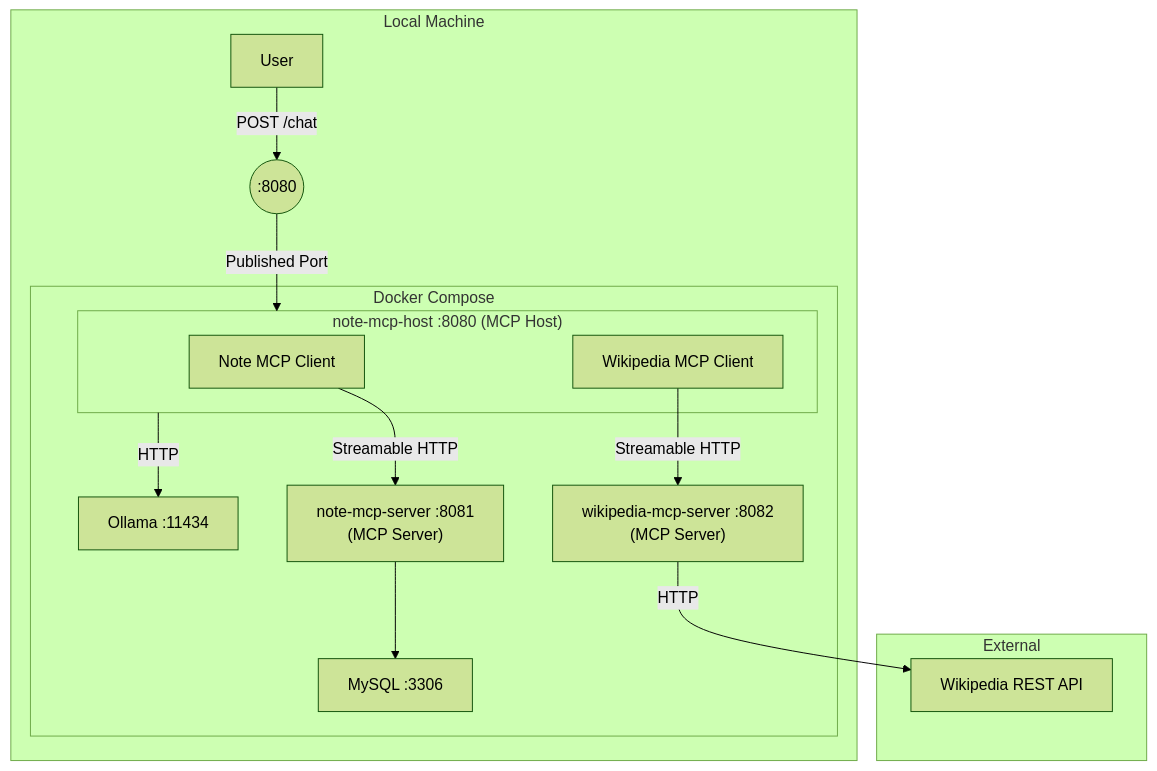
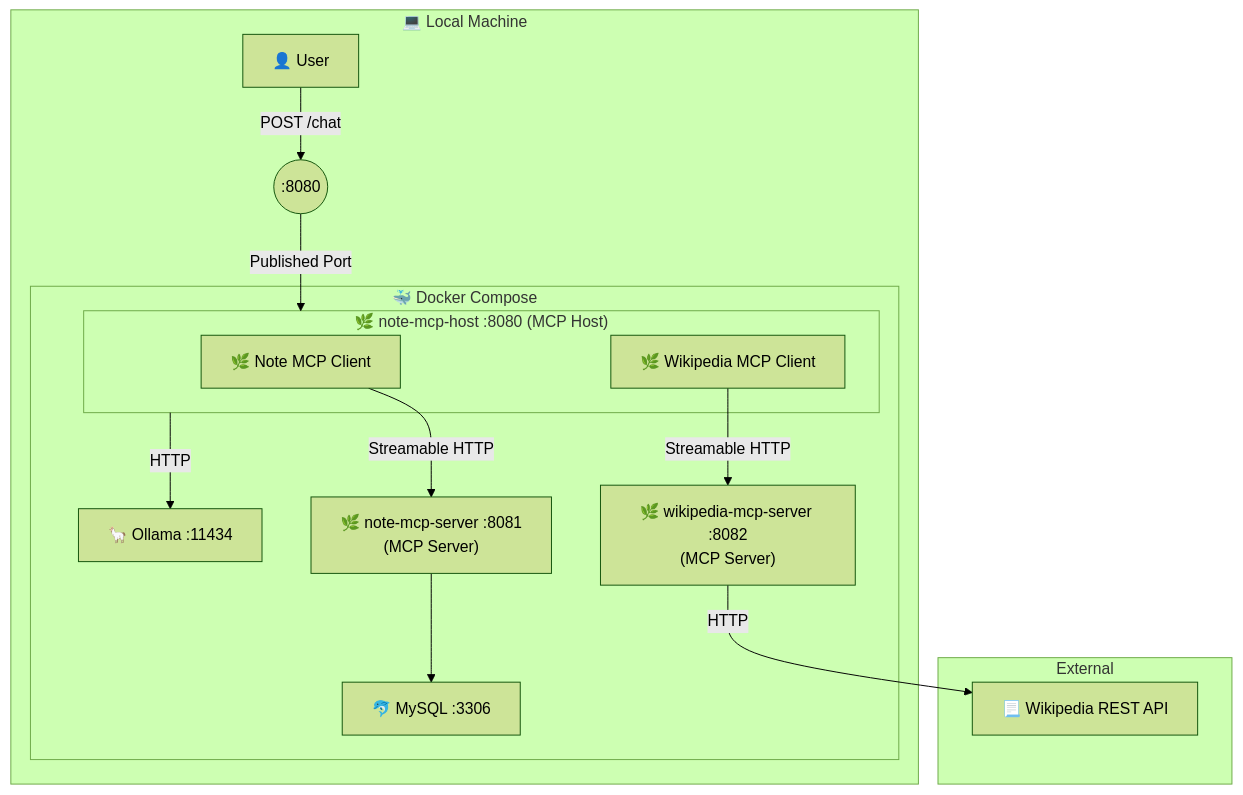
Before and after one commit to hainet50b/spring-ai-mcp-example: the diagram in README.md, drawn with Mermaid (forest theme).

Commit message:
Add emoji icons to Mermaid architecture diagram

````diff
--- a/README.md
+++ b/README.md
@@ -7,32 +7,32 @@
 ```mermaid
 graph TB
-    subgraph Local Machine
-        User
+    subgraph "💻️ Local Machine"
+        User["👤 User"]
         Port((":8080"))
 
-        subgraph Docker Compose
-            subgraph NoteMcpHost["note-mcp-host :8080 (MCP Host)"]
-                NoteMcpClient["Note MCP Client"]
-                WikipediaMcpClient["Wikipedia MCP Client"]
+        subgraph "🐳 Docker Compose"
+            subgraph NoteMcpHost["🌿 note-mcp-host :8080 (MCP Host)"]
+                NoteMcpClient["🌿 Note MCP Client"]
+                WikipediaMcpClient["🌿 Wikipedia MCP Client"]
             end
-            Ollama["Ollama :11434"]
-            NoteMcpServer["note-mcp-server :8081<br>(MCP Server)"]
-            MySQL["MySQL :3306"]
-            WikipediaMcpServer["wikipedia-mcp-server :8082<br>(MCP Server)"]
+            Ollama["🦙 Ollama :11434"]
+            NoteMcpServer["🌿 note-mcp-server :8081<br>(MCP Server)"]
+            MySQL["🐬 MySQL :3306"]
+            WikipediaMcpServer["🌿 wikipedia-mcp-server :8082<br>(MCP Server)"]
         end
     end
 
     subgraph External
-        WikipediaRESTAPI["Wikipedia REST API"]
+        WikipediaRESTAPI["📃 Wikipedia REST API"]
     end
 
     User -->|POST /chat| Port
     Port -->|Published Port| NoteMcpHost
 
     NoteMcpHost -->|HTTP| Ollama
     NoteMcpClient -->|Streamable HTTP| NoteMcpServer
     WikipediaMcpClient -->|Streamable HTTP| WikipediaMcpServer
     NoteMcpServer --> MySQL
 
     WikipediaMcpServer -->|HTTP| WikipediaRESTAPI
 ```
````
